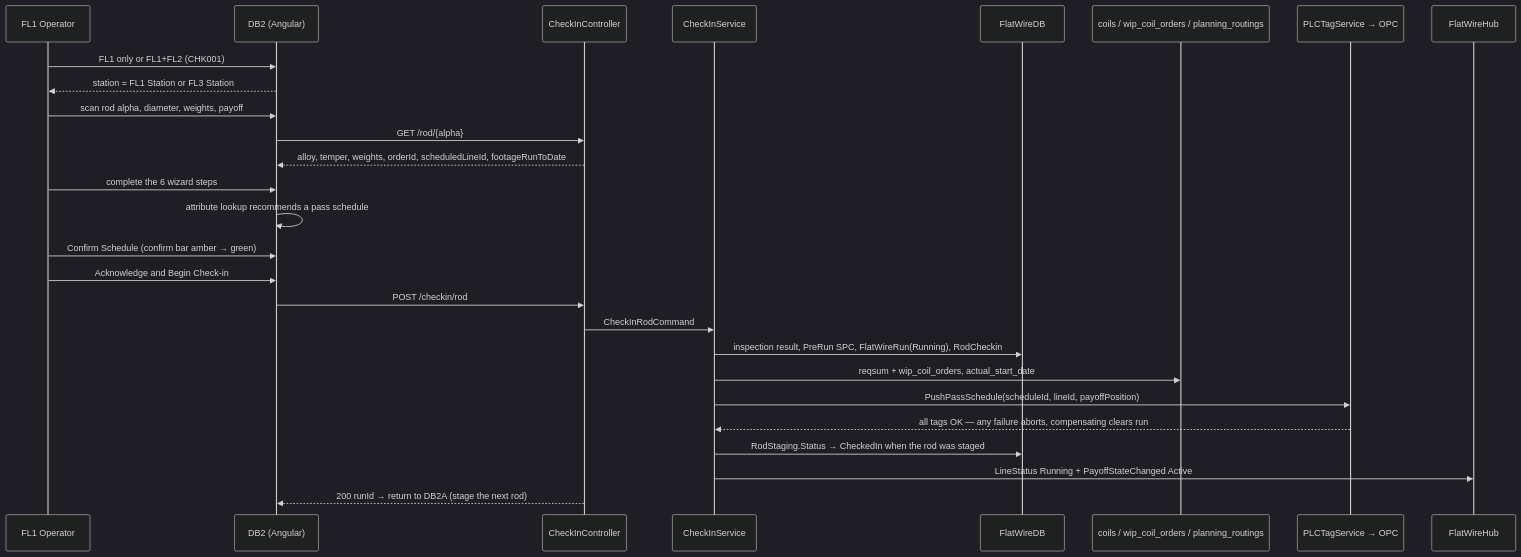
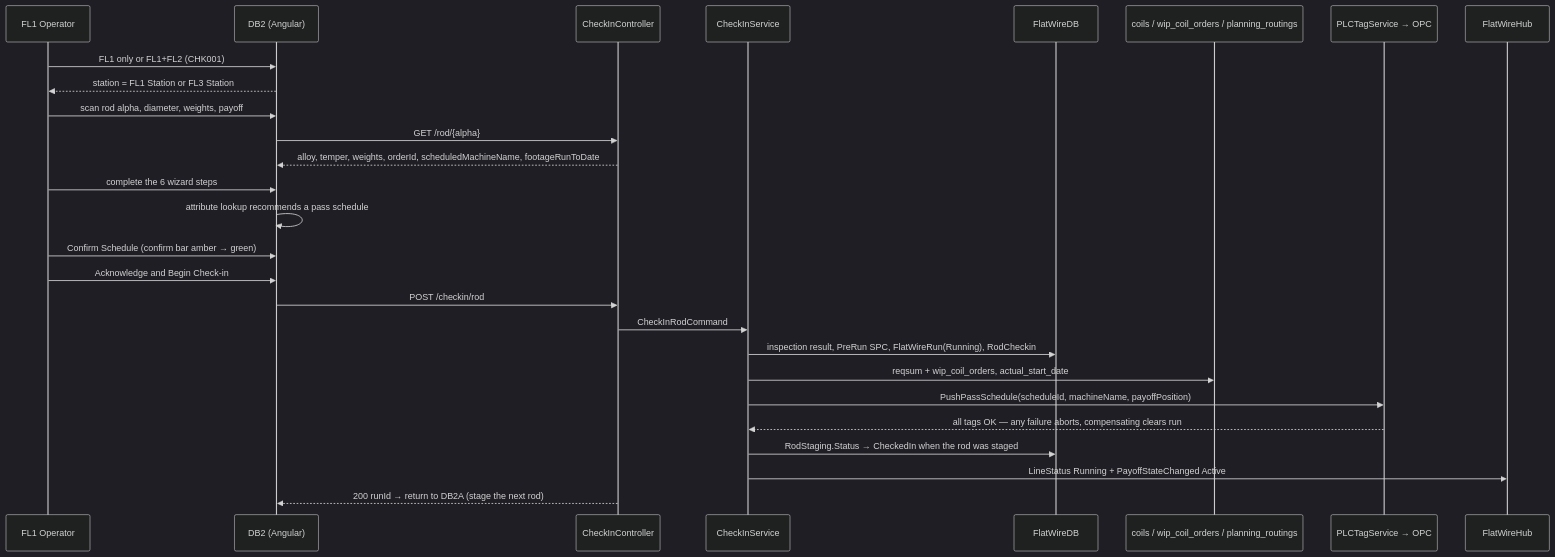
One commit to UnitedAluminum/Flatwire-planning changed the second of 2 diagrams in 10-requirements/ProcessFlows.md. Above: the diagram before and after it, drawn with Mermaid (dark theme). The commit also changed other lines of this file and 185 other files, not shown here.

````diff
--- a/10-requirements/ProcessFlows.md
+++ b/10-requirements/ProcessFlows.md
@@ -80,30 +80,30 @@
 ```mermaid
 sequenceDiagram
     participant OP as FL1 Operator
     participant NG as DB2 (Angular)
     participant API as CheckInController
     participant SVC as CheckInService
     participant DB as FlatWireDB
     participant LEG as coils / wip_coil_orders / planning_routings
     participant PLC as PLCTagService → OPC
     participant HUB as FlatWireHub
 
     OP->>NG: FL1 only or FL1+FL2 (CHK001)
     NG-->>OP: station = FL1 Station or FL3 Station
     OP->>NG: scan rod alpha, diameter, weights, payoff
     NG->>API: GET /rod/{alpha}
-    API-->>NG: alloy, temper, weights, orderId, scheduledLineId, footageRunToDate
+    API-->>NG: alloy, temper, weights, orderId, scheduledMachineName, footageRunToDate
     OP->>NG: complete the 6 wizard steps
     NG->>NG: attribute lookup recommends a pass schedule
     OP->>NG: Confirm Schedule (confirm bar amber → green)
     OP->>NG: Acknowledge and Begin Check-in
     NG->>API: POST /checkin/rod
     API->>SVC: CheckInRodCommand
     SVC->>DB: inspection result, PreRun SPC, FlatWireRun(Running), RodCheckin
     SVC->>LEG: reqsum + wip_coil_orders, actual_start_date
-    SVC->>PLC: PushPassSchedule(scheduleId, lineId, payoffPosition)
+    SVC->>PLC: PushPassSchedule(scheduleId, machineName, payoffPosition)
     PLC-->>SVC: all tags OK — any failure aborts, compensating clears run
     SVC->>DB: RodStaging.Status → CheckedIn when the rod was staged
     SVC->>HUB: LineStatus Running + PayoffStateChanged Active
     API-->>NG: 200 runId → return to DB2A (stage the next rod)
 ```
````
